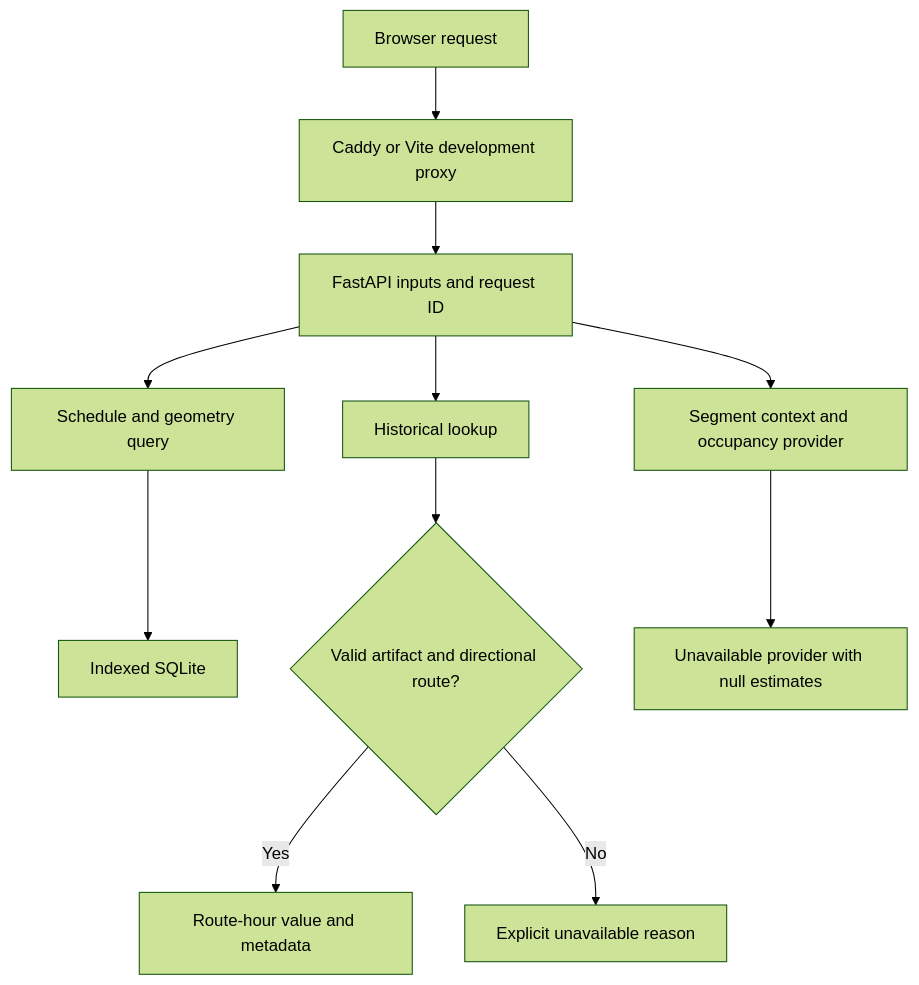
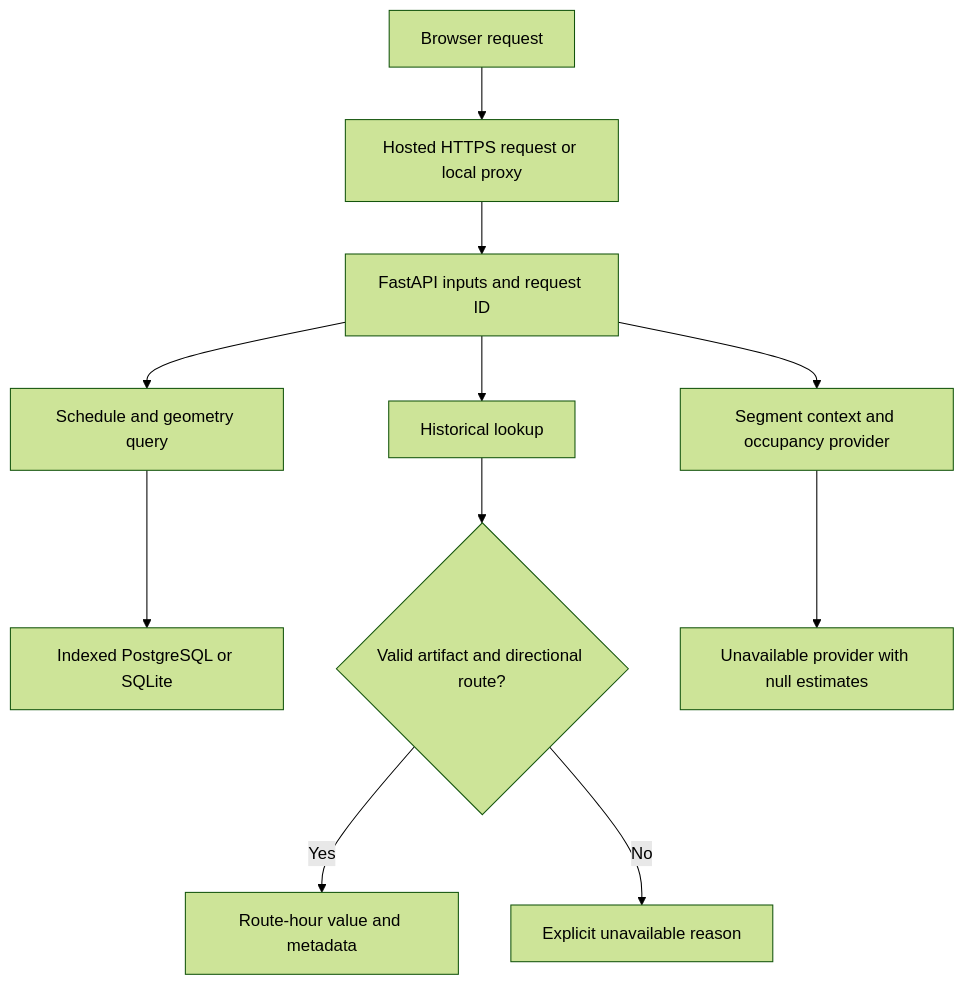
The second of 3 diagrams in docs/ARCHITECTURE.md (RISHI-0723/Safarnama), drawn with Mermaid (forest theme) before and after one commit. The commit also changed other lines of this file and 10 other files, not shown here.

````diff
--- a/docs/ARCHITECTURE.md
+++ b/docs/ARCHITECTURE.md
@@ -22,13 +23,13 @@
 ```mermaid
 flowchart TD
-    User["Browser request"] --> Proxy["Caddy or Vite development proxy"]
+    User["Browser request"] --> Proxy["Hosted HTTPS request or local proxy"]
     Proxy --> Check["FastAPI inputs and request ID"]
     Check --> Query["Schedule and geometry query"]
     Check --> Artifact["Historical lookup"]
     Check --> Occupancy["Segment context and occupancy provider"]
-    Query --> DB["Indexed SQLite"]
+    Query --> DB["Indexed PostgreSQL or SQLite"]
     Artifact --> Mapping{"Valid artifact and directional route?"}
     Mapping -->|Yes| Estimate["Route-hour value and metadata"]
     Mapping -->|No| Unavailable["Explicit unavailable reason"]
     Occupancy --> Nulls["Unavailable provider with null estimates"]
 ```
````
